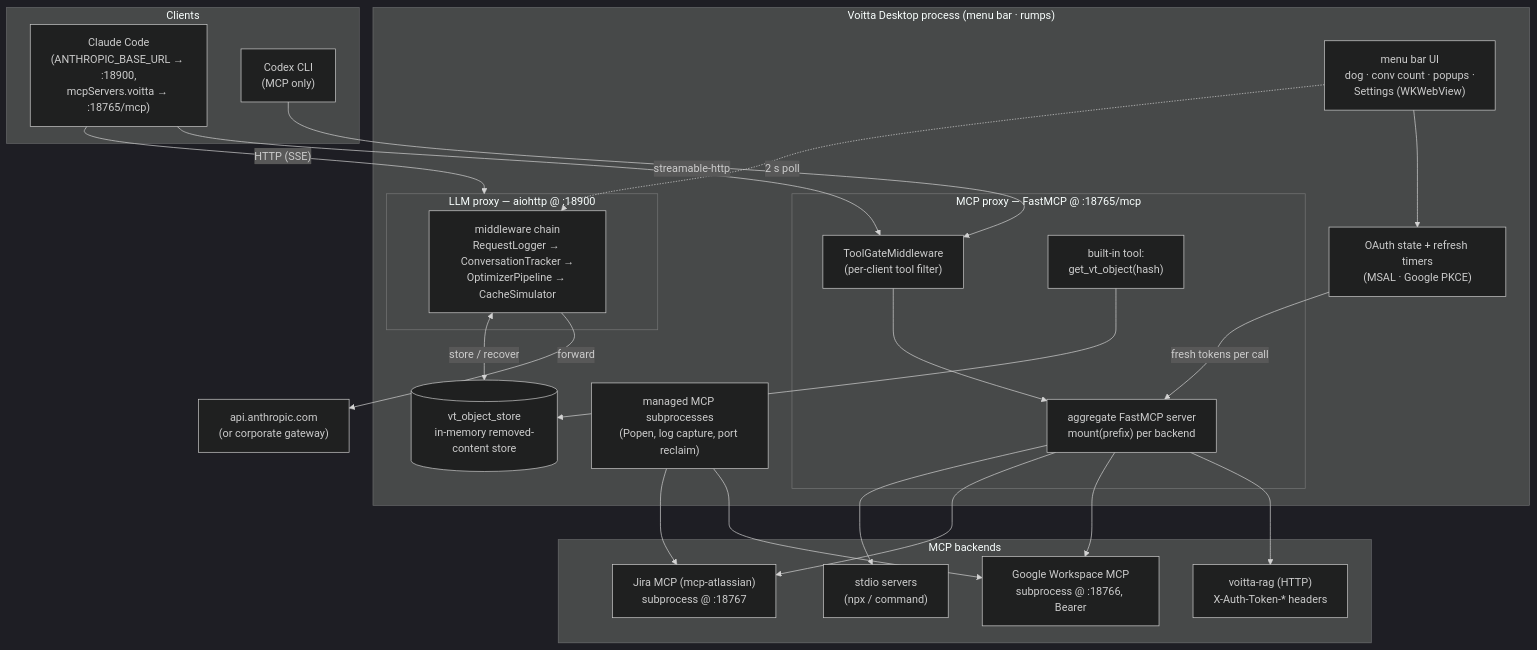
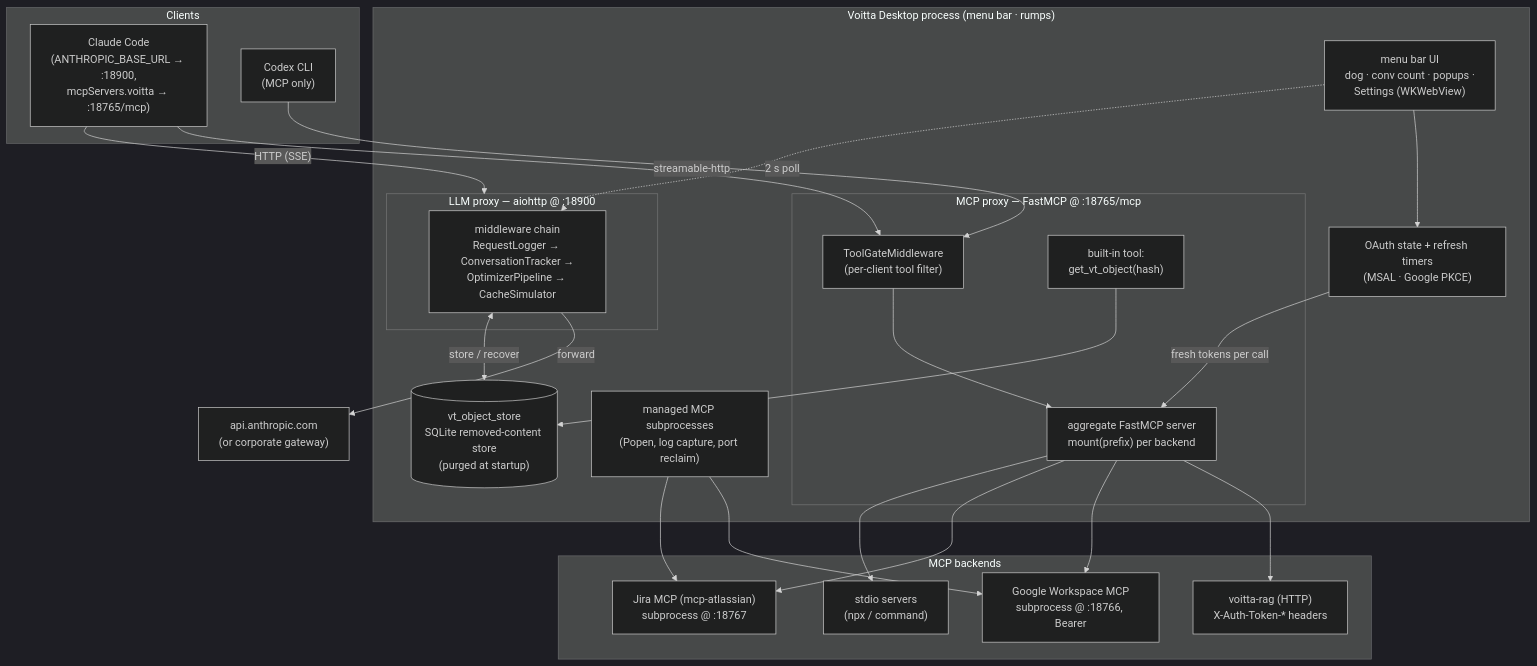
The first of 16 diagrams in docs/OPERATIONS.md (voitta-ai/voitta-desktop), drawn with Mermaid (dark theme) before and after one commit. The commit also changed other lines of this file and 8 other files, not shown here.

````diff
--- a/docs/OPERATIONS.md
+++ b/docs/OPERATIONS.md
@@ -59,45 +59,45 @@
 ```mermaid
 flowchart TB
     subgraph clients["Clients"]
         CC["Claude Code<br/>(ANTHROPIC_BASE_URL → :18900,<br/>mcpServers.voitta → :18765/mcp)"]
         CODEX["Codex CLI<br/>(MCP only)"]
     end
 
     subgraph app["Voitta Desktop process (menu bar · rumps)"]
         subgraph llm["LLM proxy — aiohttp @ :18900"]
             MW["middleware chain<br/>RequestLogger → ConversationTracker →<br/>OptimizerPipeline → CacheSimulator"]
         end
 
         subgraph mcp["MCP proxy — FastMCP @ :18765/mcp"]
             GATE["ToolGateMiddleware<br/>(per-client tool filter)"]
             AGG["aggregate FastMCP server<br/>mount(prefix) per backend"]
             VTO["built-in tool:<br/>get_vt_object(hash)"]
         end
 
         UI["menu bar UI<br/>dog · conv count · popups ·<br/>Settings (WKWebView)"]
         AUTH["OAuth state + refresh timers<br/>(MSAL · Google PKCE)"]
         SUBS["managed MCP subprocesses<br/>(Popen, log capture, port reclaim)"]
-        STORE[("vt_object_store<br/>in-memory removed-content store")]
+        STORE[("vt_object_store<br/>SQLite removed-content store<br/>(purged at startup)")]
     end
 
     subgraph backends["MCP backends"]
         RAG["voitta-rag (HTTP)<br/>X-Auth-Token-* headers"]
         GW["Google Workspace MCP<br/>subprocess @ :18766, Bearer"]
         JIRA["Jira MCP (mcp-atlassian)<br/>subprocess @ :18767"]
         STDIO["stdio servers<br/>(npx / command)"]
     end
 
     ANTH["api.anthropic.com<br/>(or corporate gateway)"]
 
     CC -->|"HTTP (SSE)"| llm
     MW -->|forward| ANTH
     MW <-->|store / recover| STORE
     CC -->|streamable-http| GATE --> AGG
     CODEX --> GATE
     AGG --> RAG & GW & JIRA & STDIO
     VTO --> STORE
     AUTH -->|"fresh tokens per call"| AGG
     SUBS --> GW & JIRA
     UI --> AUTH
     UI -.->|"2 s poll"| MW
 ```
````
